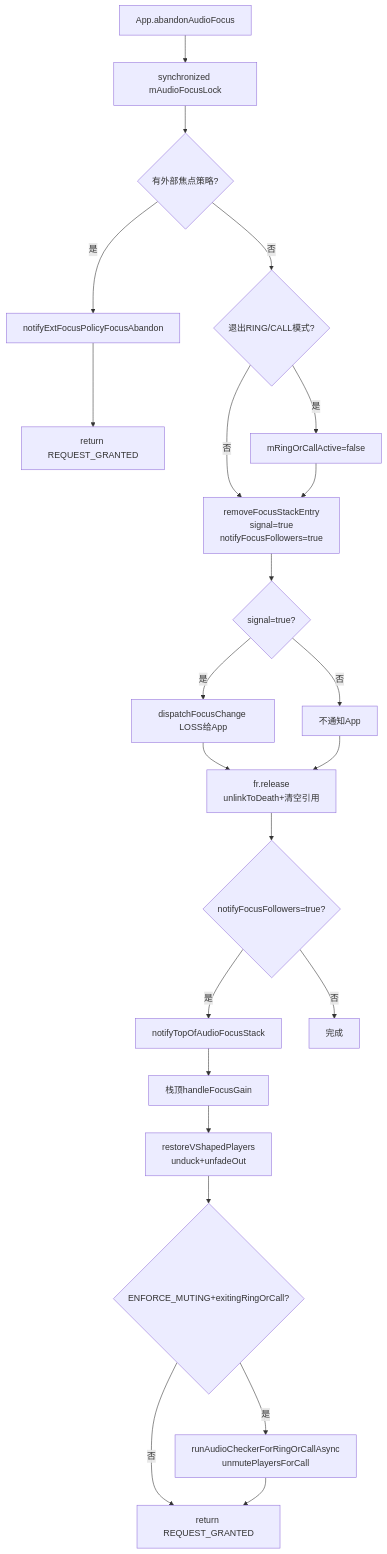
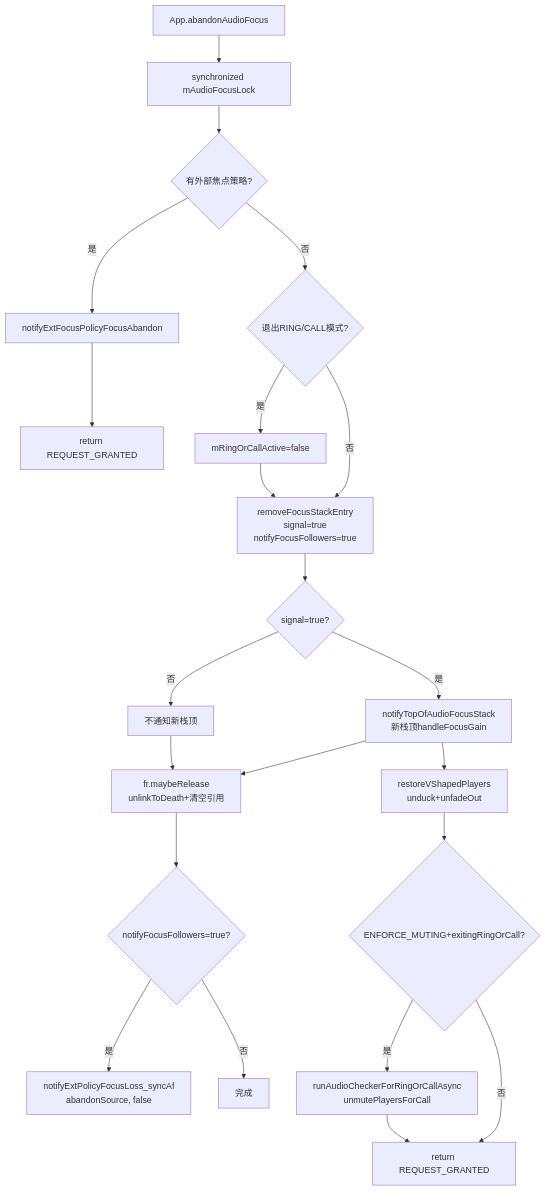
One commit to yanglinzhen1022/SA8295_AAOS_QNX_Audio_KnowledgeBase changed the diagram in 12_Audio_Focus_Deep_Dive/12_12.7_abandonAudioFocus流程.md. Above: the diagram before and after it, drawn with Mermaid. The commit also changed other lines of this file and 14 other files, not shown here.

````diff
--- a/12_Audio_Focus_Deep_Dive/12_12.7_abandonAudioFocus流程.md
+++ b/12_Audio_Focus_Deep_Dive/12_12.7_abandonAudioFocus流程.md
@@ -11,29 +11,28 @@
 ```mermaid
 flowchart TB
     START[App.abandonAudioFocus] --> LOCK[synchronized mAudioFocusLock]
     LOCK --> EXTPOL{有外部焦点策略?}
     EXTPOL -->|是| EXT[notifyExtFocusPolicyFocusAbandon]
     EXT --> RET1[return REQUEST_GRANTED]
     EXTPOL -->|否| RING{退出RING/CALL模式?}
 
     RING -->|是| SETRING[mRingOrCallActive=false]
     RING -->|否| REMOVE[removeFocusStackEntry<br>signal=true<br>notifyFocusFollowers=true]
     SETRING --> REMOVE
 
     REMOVE --> SIGNAL{signal=true?}
-    SIGNAL -->|是| DISPATCH[dispatchFocusChange LOSS给App]
-    SIGNAL -->|否| NODIS[不通知App]
-    DISPATCH --> RELEASE[fr.release<br>unlinkToDeath+清空引用]
+    SIGNAL -->|是| TOP[notifyTopOfAudioFocusStack<br>新栈顶handleFocusGain]
+    SIGNAL -->|否| NODIS[不通知新栈顶]
+    TOP --> RELEASE[fr.maybeRelease<br>unlinkToDeath+清空引用]
     NODIS --> RELEASE
 
     RELEASE --> NOTIFY{notifyFocusFollowers=true?}
-    NOTIFY -->|是| TOP[notifyTopOfAudioFocusStack]
+    NOTIFY -->|是| EXTLOSS[notifyExtPolicyFocusLoss_syncAf<br>abandonSource, false]
     NOTIFY -->|否| DONE[完成]
 
-    TOP --> GAIN[栈顶handleFocusGain]
-    GAIN --> RESTORE[restoreVShapedPlayers<br>unduck+unfadeOut]
+    TOP --> RESTORE[restoreVShapedPlayers<br>unduck+unfadeOut]
     RESTORE --> MUTCHECK{ENFORCE_MUTING+exitingRingOrCall?}
     MUTCHECK -->|是| UNMUTE[runAudioCheckerForRingOrCallAsync<br>unmutePlayersForCall]
     MUTCHECK -->|否| DONE2[return REQUEST_GRANTED]
     UNMUTE --> DONE2
 ```
````
